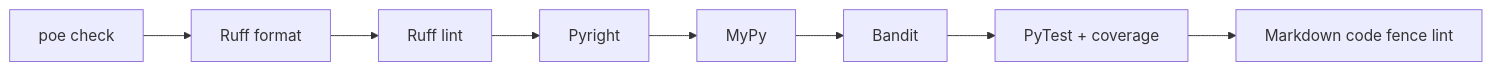
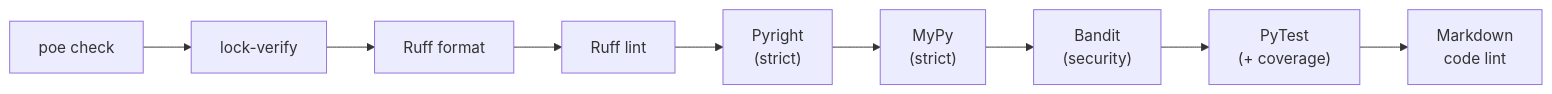
The second of 9 diagrams in README.md (pmalarme/python-agent-template), drawn with Mermaid before and after one commit. The commit also changed other lines of this file and 30 other files, not shown here.

````diff
--- a/README.md
+++ b/README.md
@@ -49,10 +171,11 @@
 ```mermaid
 flowchart LR
-	A[poe check] --> B[Ruff format]
-	B --> C[Ruff lint]
-	C --> D[Pyright]
-	D --> E[MyPy]
-	E --> F[Bandit]
-	F --> G[PyTest + coverage]
-	G --> H[Markdown code fence lint]
+    A["poe check"] --> B["lock-verify"]
+    B --> C["Ruff format"]
+    C --> D["Ruff lint"]
+    D --> E["Pyright<br/>(strict)"]
+    E --> F["MyPy<br/>(strict)"]
+    F --> G["Bandit<br/>(security)"]
+    G --> H["PyTest<br/>(+ coverage)"]
+    H --> I["Markdown<br/>code lint"]
 ```
````
